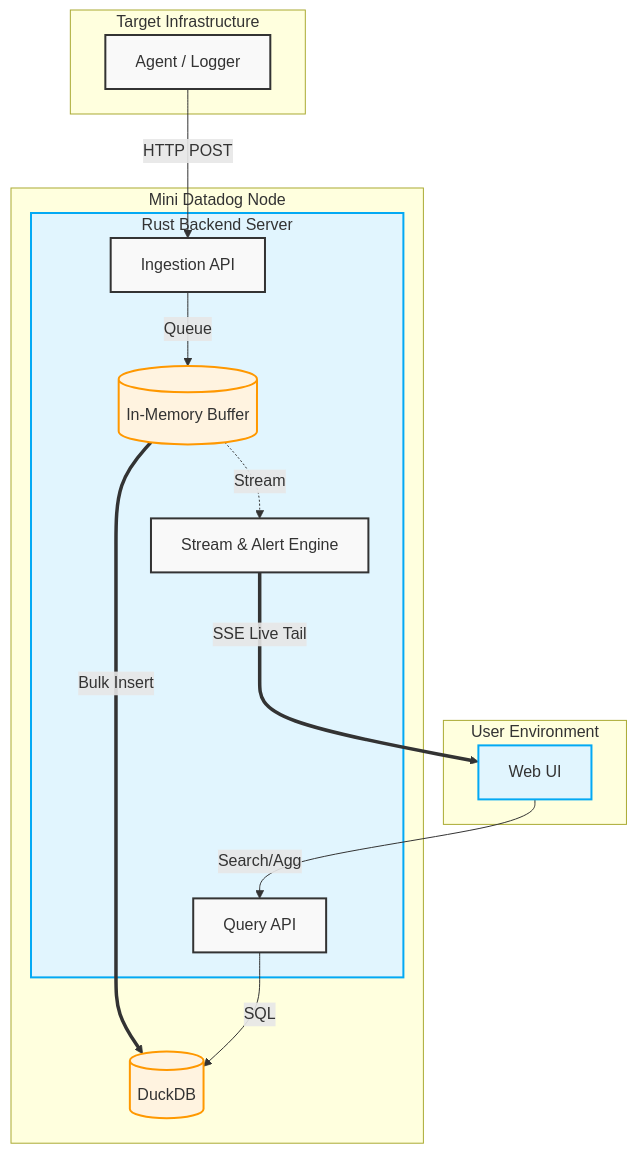
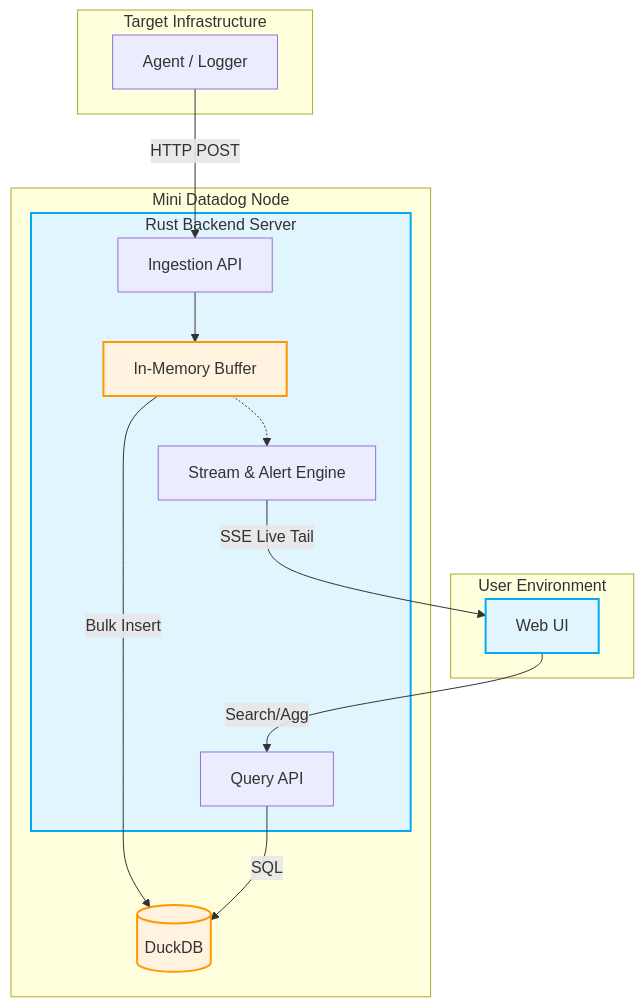
The diagram in mini-datadog/README.md (manabukosaka/sand-box), drawn with Mermaid before and after one commit. The commit also changed other lines of this file and 2 other files, not shown here.

Commit message:
fix(docs): fix mermaid diagram compatibility and add WSL2 access tip
- Replaced 'graph TD' with 'flowchart TD' in README for better GitHub rendering.
- Added troubleshooting tip for WSL2/Windows networking in user guide.
- Simplified mermaid styles for broader compatibility.

````diff
--- a/mini-datadog/README.md
+++ b/mini-datadog/README.md
@@ -35,36 +34,34 @@
 ```mermaid
-graph TD
-    subgraph Target Infrastructure
+flowchart TD
+    subgraph TargetInfra [Target Infrastructure]
         Agent1[Agent / Logger]
     end
 
-    subgraph Mini Datadog Node
+    subgraph MiniDatadogNode [Mini Datadog Node]
         subgraph Server [Rust Backend Server]
             Ingestion[Ingestion API]
-            Buffer[(In-Memory Buffer)]
+            Buffer[In-Memory Buffer]
             StreamEngine[Stream & Alert Engine]
             QueryAPI[Query API]
             
-            Ingestion --> |Queue| Buffer
-            Buffer -.-> |Stream| StreamEngine
+            Ingestion --> Buffer
+            Buffer -.-> StreamEngine
         end
         DataStore[(DuckDB)]
-        Buffer ==> |Bulk Insert| DataStore
+        Buffer -- Bulk Insert --> DataStore
     end
 
-    subgraph User Environment
+    subgraph UserEnv [User Environment]
         WebUI[Web UI]
     end
 
-    Agent1 --> |HTTP POST| Ingestion
-    QueryAPI --> |SQL| DataStore
-    WebUI --> |Search/Agg| QueryAPI
-    StreamEngine ===> |SSE Live Tail| WebUI
+    Agent1 -- HTTP POST --> Ingestion
+    QueryAPI -- SQL --> DataStore
+    WebUI -- Search/Agg --> QueryAPI
+    StreamEngine -- SSE Live Tail --> WebUI
 
-    classDef default fill:#f9f9f9,stroke:#333,stroke-width:2px;
-    classDef highlight fill:#e1f5fe,stroke:#03a9f4,stroke-width:2px;
-    classDef storage fill:#fff3e0,stroke:#ff9800,stroke-width:2px;
-    
-    class Server,WebUI highlight;
-    class DataStore,Buffer storage;
+    style Server fill:#e1f5fe,stroke:#03a9f4,stroke-width:2px
+    style WebUI fill:#e1f5fe,stroke:#03a9f4,stroke-width:2px
+    style DataStore fill:#fff3e0,stroke:#ff9800,stroke-width:2px
+    style Buffer fill:#fff3e0,stroke:#ff9800,stroke-width:2px
 ```
````
